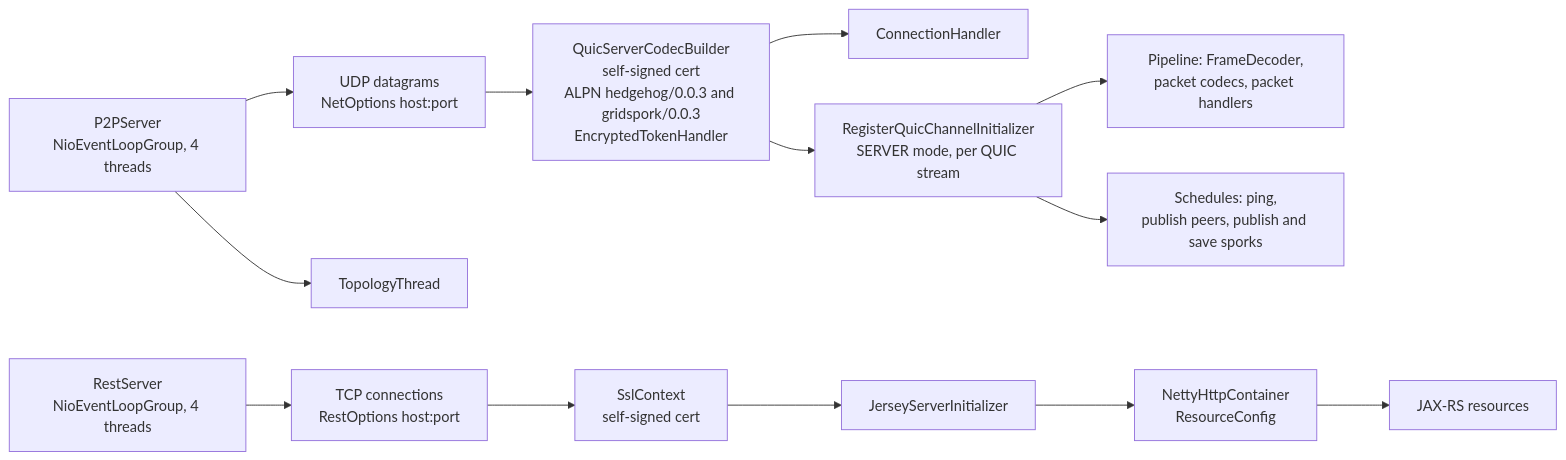
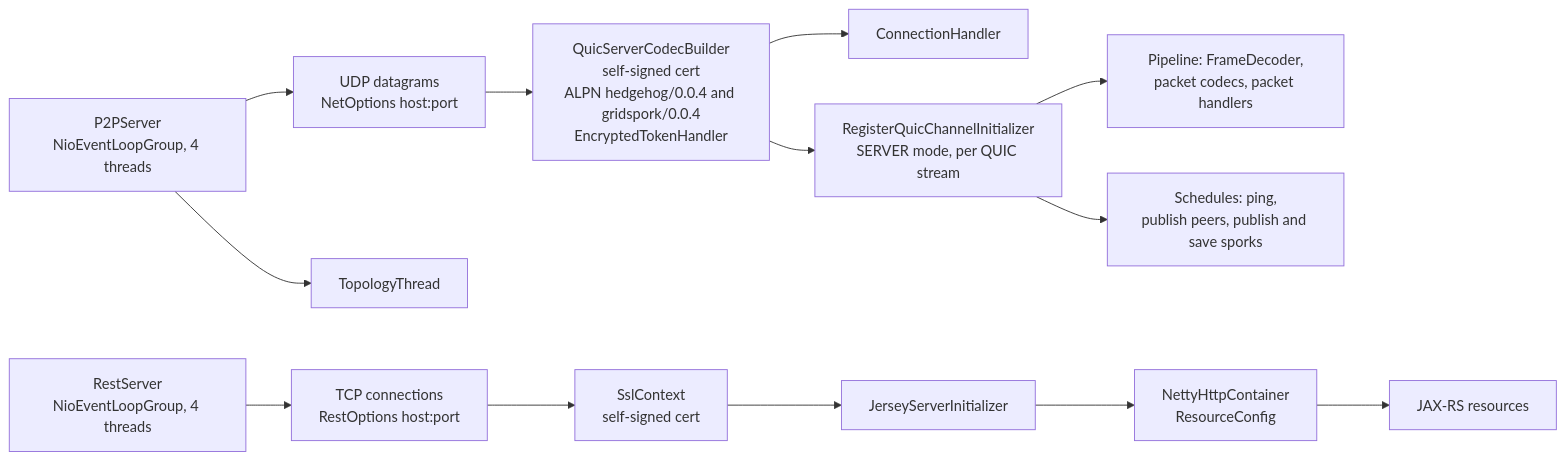
One commit to unigrid-project/hedgehog changed the second of 4 diagrams in documentation/architecture.md. Above: the diagram before and after it, drawn with Mermaid. The commit also changed other lines of this file, not shown here.

Commit message:
Document the gridspork-pending and gridspork-cosign commands

````diff
--- a/documentation/architecture.md
+++ b/documentation/architecture.md
@@ -343,16 +350,16 @@
 ```mermaid
 flowchart LR
-    UDP["UDP datagrams<br/>NetOptions host:port"] --> QC["QuicServerCodecBuilder<br/>self-signed cert<br/>ALPN hedgehog/0.0.3 and gridspork/0.0.3<br/>EncryptedTokenHandler"]
+    UDP["UDP datagrams<br/>NetOptions host:port"] --> QC["QuicServerCodecBuilder<br/>self-signed cert<br/>ALPN hedgehog/0.0.4 and gridspork/0.0.4<br/>EncryptedTokenHandler"]
     QC --> CH["ConnectionHandler"]
     QC --> RI["RegisterQuicChannelInitializer<br/>SERVER mode, per QUIC stream"]
     RI --> PIPE["Pipeline: FrameDecoder,<br/>packet codecs, packet handlers"]
     RI --> SCH["Schedules: ping,<br/>publish peers, publish and save sporks"]
     P2PS["P2PServer<br/>NioEventLoopGroup, 4 threads"] --> UDP
     P2PS --> TT["TopologyThread"]
 
     TCP["TCP connections<br/>RestOptions host:port"] --> TLS["SslContext<br/>self-signed cert"]
     TLS --> JI["JerseyServerInitializer"]
     JI --> NC["NettyHttpContainer<br/>ResourceConfig"]
     NC --> RES["JAX-RS resources"]
     RSRV["RestServer<br/>NioEventLoopGroup, 4 threads"] --> TCP
 ```
````
